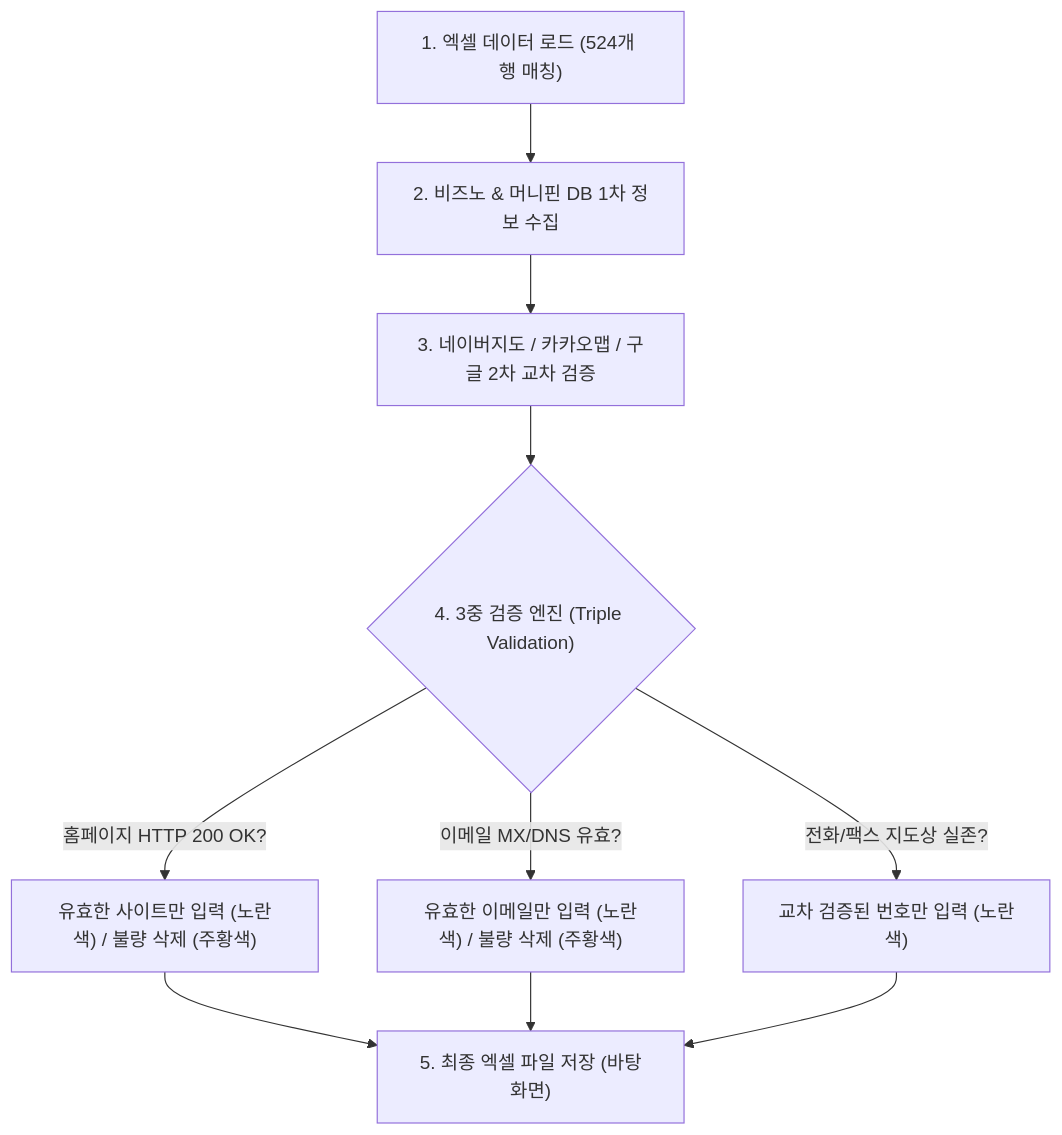
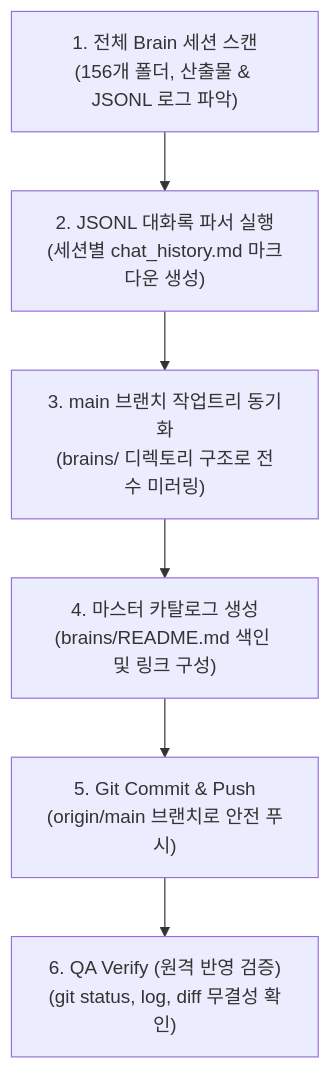
Before and after one commit to emptyboy84/resilient-bardeen: the diagram in brain_docs/implementation_plan.md, drawn with Mermaid. The commit also changed other lines of this file and 15996 other files, not shown here.

Commit message:
feat: archive all 156 brain sessions, full conversation chat histories, and artifacts to main branch

````diff
--- a/brain_docs/implementation_plan.md
+++ b/brain_docs/implementation_plan.md
@@ -22,10 +17,8 @@
 ```mermaid
 flowchart TD
-    A["1. 엑셀 데이터 로드 (524개 행 매칭)"] --> B["2. 비즈노 & 머니핀 DB 1차 정보 수집"]
-    B --> C["3. 네이버지도 / 카카오맵 / 구글 2차 교차 검증"]
-    C --> D{"4. 3중 검증 엔진 (Triple Validation)"}
-    D -- "홈페이지 HTTP 200 OK?" --> E["유효한 사이트만 입력 (노란색) / 불량 삭제 (주황색)"]
-    D -- "이메일 MX/DNS 유효?" --> F["유효한 이메일만 입력 (노란색) / 불량 삭제 (주황색)"]
-    D -- "전화/팩스 지도상 실존?" --> G["교차 검증된 번호만 입력 (노란색)"]
-    E & F & G --> H["5. 최종 엑셀 파일 저장 (바탕화면)"]
+    A["1. 전체 Brain 세션 스캔<br>(156개 폴더, 산출물 & JSONL 로그 파악)"] --> B["2. JSONL 대화록 파서 실행<br>(세션별 chat_history.md 마크다운 생성)"]
+    B --> C["3. main 브랜치 작업트리 동기화<br>(brains/ 디렉토리 구조로 전수 미러링)"]
+    C --> D["4. 마스터 카탈로그 생성<br>(brains/README.md 색인 및 링크 구성)"]
+    D --> E["5. Git Commit & Push<br>(origin/main 브랜치로 안전 푸시)"]
+    E --> F["6. QA Verify (원격 반영 검증)<br>(git status, log, diff 무결성 확인)"]
 ```
````
